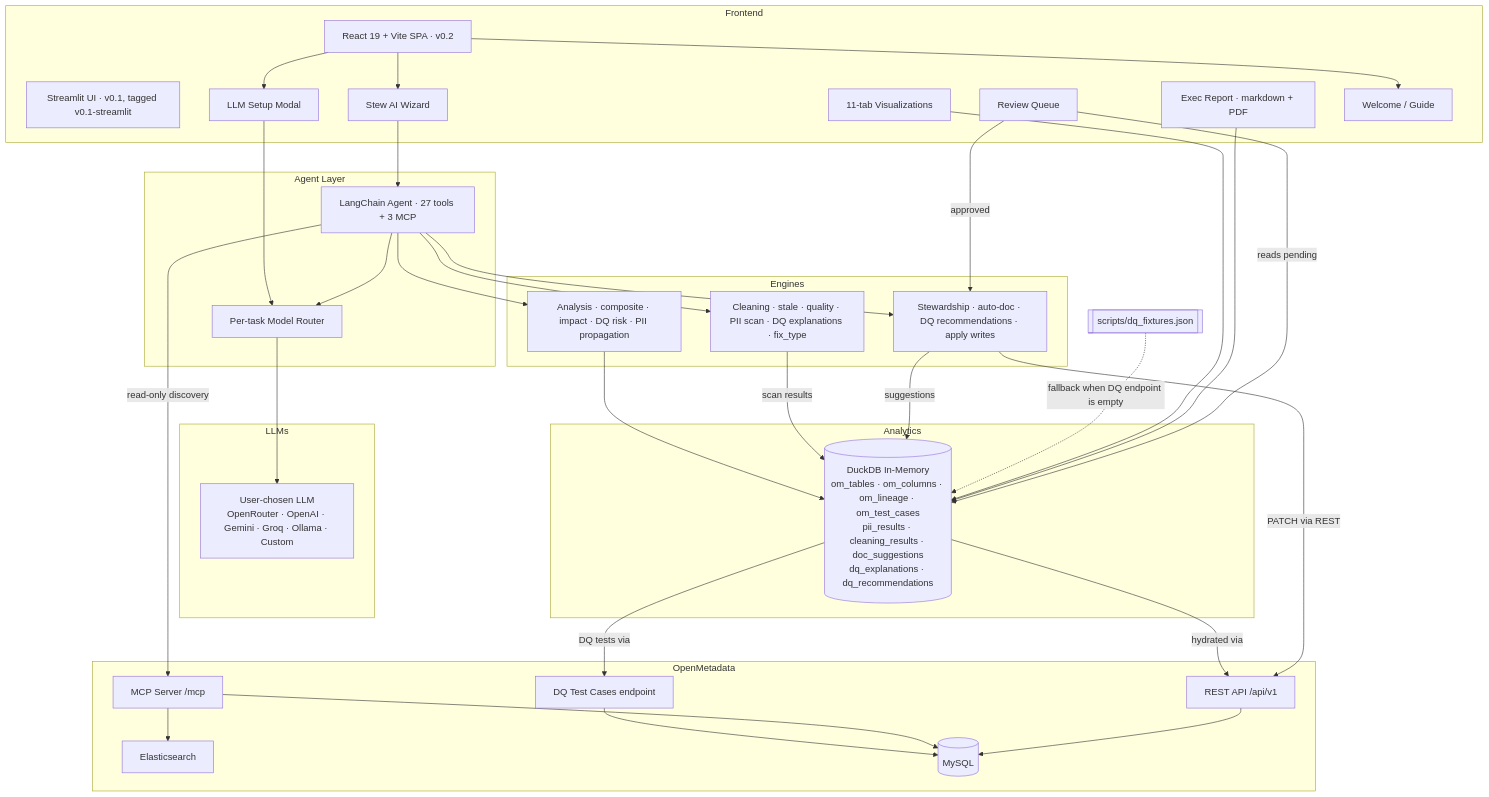
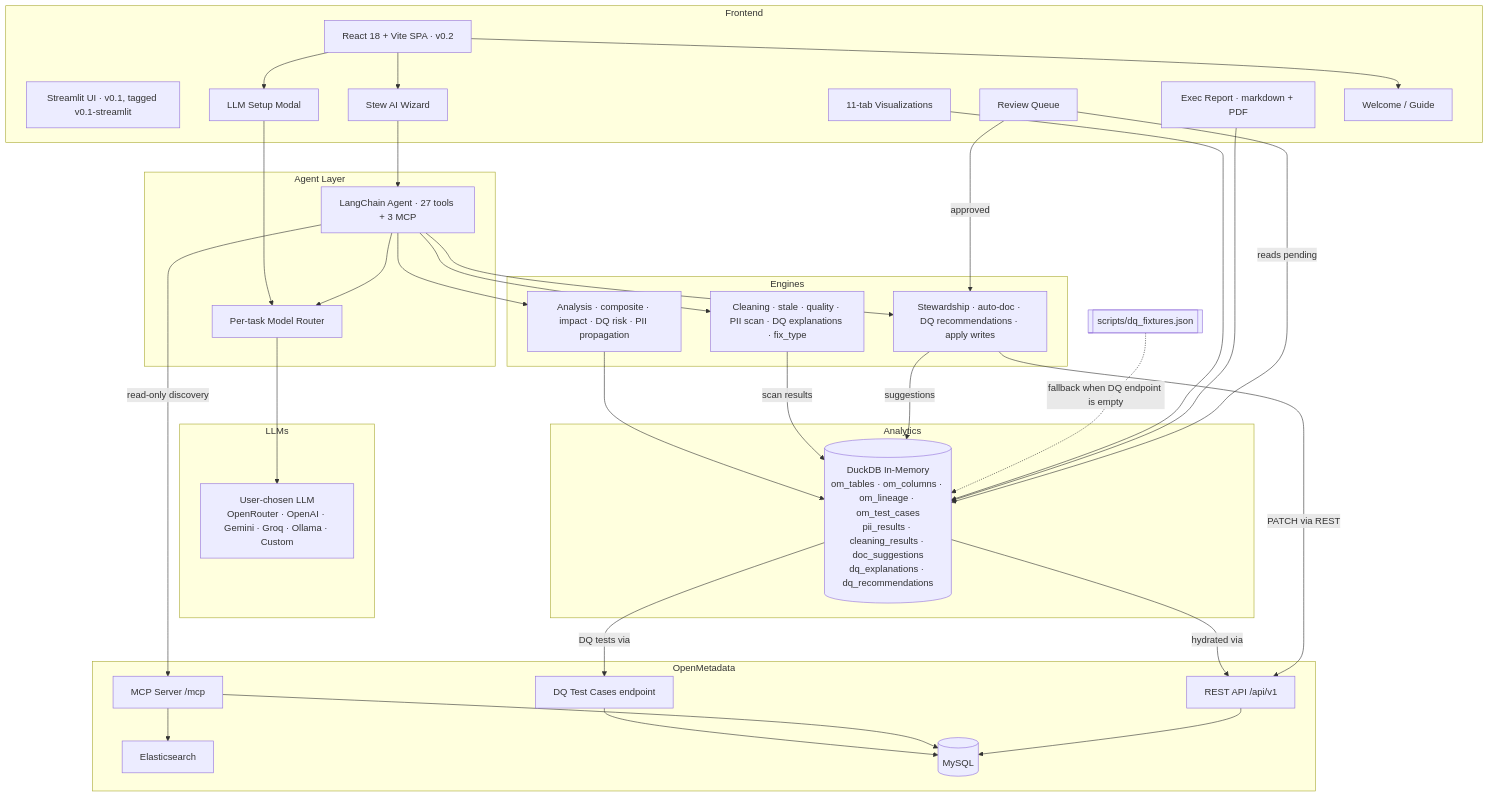
Before and after one commit to blueberrylinux/metasift: the diagram in README.md, drawn with Mermaid. The commit also changed other lines of this file and 5 other files, not shown here.

````diff
--- a/README.md
+++ b/README.md
@@ -137,69 +137,69 @@
 ```mermaid
 graph TB
     subgraph Frontend
-        UI[React 19 + Vite SPA · v0.2]
+        UI[React 18 + Vite SPA · v0.2]
         UIv1[Streamlit UI · v0.1, tagged v0.1-streamlit]
         Stew[Stew AI Wizard]
         Viz[11-tab Visualizations]
         RQ[Review Queue]
         Rep[Exec Report · markdown + PDF]
         LLMSetup[LLM Setup Modal]
         Guide[Welcome / Guide]
     end
 
     subgraph Agent Layer
         Agent[LangChain Agent · 27 tools + 3 MCP]
         MR[Per-task Model Router]
     end
 
     subgraph Engines
         AE[Analysis · composite · impact · DQ risk · PII propagation]
         SE[Stewardship · auto-doc · DQ recommendations · apply writes]
         CE[Cleaning · stale · quality · PII scan · DQ explanations · fix_type]
     end
 
     subgraph OpenMetadata
         MCP[MCP Server /mcp]
         REST[REST API /api/v1]
         DQ[DQ Test Cases endpoint]
         ES[Elasticsearch]
         DB[(MySQL)]
     end
 
     subgraph LLMs
         OR[User-chosen LLM\nOpenRouter · OpenAI · Gemini · Groq · Ollama · Custom]
     end
 
     subgraph Analytics
         DDB[(DuckDB In-Memory\nom_tables · om_columns · om_lineage · om_test_cases\npii_results · cleaning_results · doc_suggestions\ndq_explanations · dq_recommendations)]
     end
 
     Fixture[[scripts/dq_fixtures.json]]
 
     UI --> Stew
     UI --> LLMSetup
     UI --> Guide
     LLMSetup --> MR
     Stew --> Agent
     Agent --> MR
     MR --> OR
     Agent --> AE
     Agent --> SE
     Agent --> CE
     Agent -->|read-only discovery| MCP
     AE --> DDB
     CE -->|scan results| DDB
     SE -->|suggestions| DDB
     DDB -->|hydrated via| REST
     DDB -->|DQ tests via| DQ
     Fixture -.->|fallback when DQ endpoint is empty| DDB
     DQ --> DB
     MCP --> ES
     MCP --> DB
     REST --> DB
     Viz --> DDB
     Rep --> DDB
     RQ -->|reads pending| DDB
     RQ -->|approved| SE
     SE -->|PATCH via REST| REST
 ```
````
